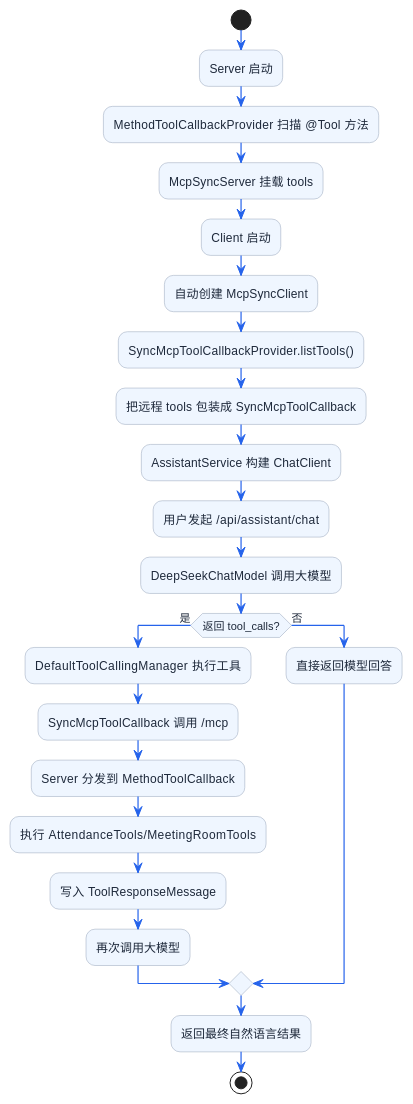
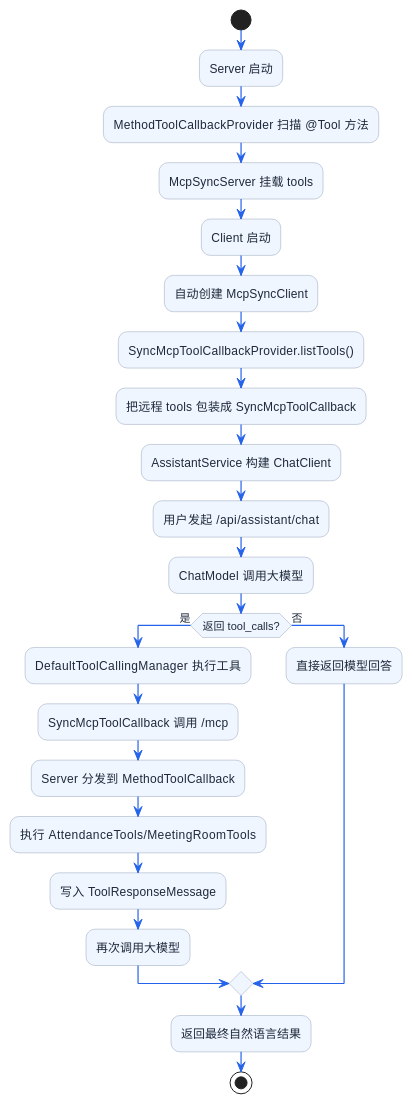
One commit to shining-stars-l/javaup changed the first of 2 diagrams in docs/55-超级智能体/25-MCP详细解析/07-MCP调用链路源码解密.md. Above: the diagram before and after it, drawn with PlantUML. The commit also changed other lines of this file and 1 other file, not shown here.

````diff
--- a/docs/55-超级智能体/25-MCP详细解析/07-MCP调用链路源码解密.md
+++ b/docs/55-超级智能体/25-MCP详细解析/07-MCP调用链路源码解密.md
@@ -133,38 +133,38 @@
 ```plantuml title="office-mcp 示例的两条主链" width="70%" align="left"
 @startuml
 skinparam backgroundColor transparent
 skinparam shadowing false
 skinparam defaultFontColor #1E293B
 skinparam ArrowColor #2563EB
 skinparam ArrowThickness 1.2
 skinparam activityBorderColor #94A3B8
 skinparam activityBackgroundColor #EFF6FF
 skinparam diamondBackgroundColor #DBEAFE
 skinparam diamondBorderColor #3B82F6
 skinparam RoundCorner 18
 
 start
 :Server 启动;
 :MethodToolCallbackProvider 扫描 @Tool 方法;
 :McpSyncServer 挂载 tools;
 :Client 启动;
 :自动创建 McpSyncClient;
 :SyncMcpToolCallbackProvider.listTools();
 :把远程 tools 包装成 SyncMcpToolCallback;
 :AssistantService 构建 ChatClient;
 :用户发起 /api/assistant/chat;
-:DeepSeekChatModel 调用大模型;
+:ChatModel 调用大模型;
 if (返回 tool_calls?) then (是)
   :DefaultToolCallingManager 执行工具;
   :SyncMcpToolCallback 调用 /mcp;
   :Server 分发到 MethodToolCallback;
   :执行 AttendanceTools/MeetingRoomTools;
   :写入 ToolResponseMessage;
   :再次调用大模型;
 else (否)
   :直接返回模型回答;
 endif
 :返回最终自然语言结果;
 stop
 @enduml
 ```
````
